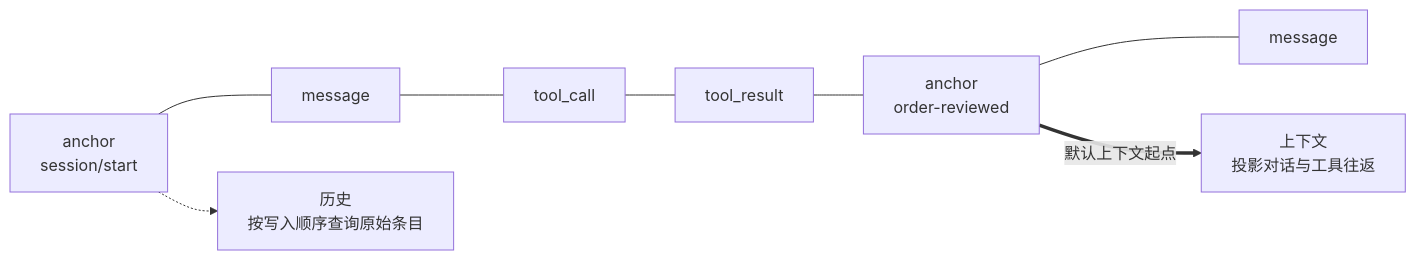
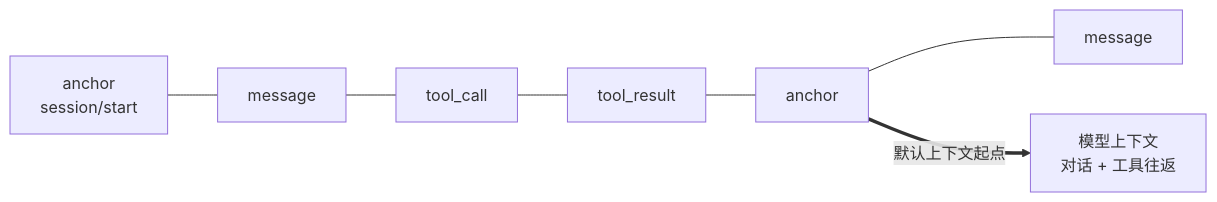
One commit to bubbuild/bub changed the diagram in website/src/content/docs/zh-cn/docs/concepts/tape.mdx. Above: the diagram before and after it, drawn with Mermaid. The commit also changed other lines of this file and 44 other files, not shown here.

````diff
--- a/website/src/content/docs/zh-cn/docs/concepts/tape.mdx
+++ b/website/src/content/docs/zh-cn/docs/concepts/tape.mdx
@@ -16,6 +15,5 @@
 ```mermaid
 flowchart LR
-  E1["anchor<br/>session/start"] --- E2["message"] --- E3["tool_call"] --- E4["tool_result"] --- E5["anchor<br/>order-reviewed"] --- E6["message"]
-  E1 -.-> A["历史<br/>按写入顺序查询原始条目"]
-  E5 ==>|"默认上下文起点"| B["上下文<br/>投影对话与工具往返"]
+  E1["anchor<br/>session/start"] --- E2["message"] --- E3["tool_call"] --- E4["tool_result"] --- E5["anchor"] --- E6["message"]
+  E5 ==>|"默认上下文起点"| B["模型上下文<br/>对话 + 工具往返"]
 ```
````
